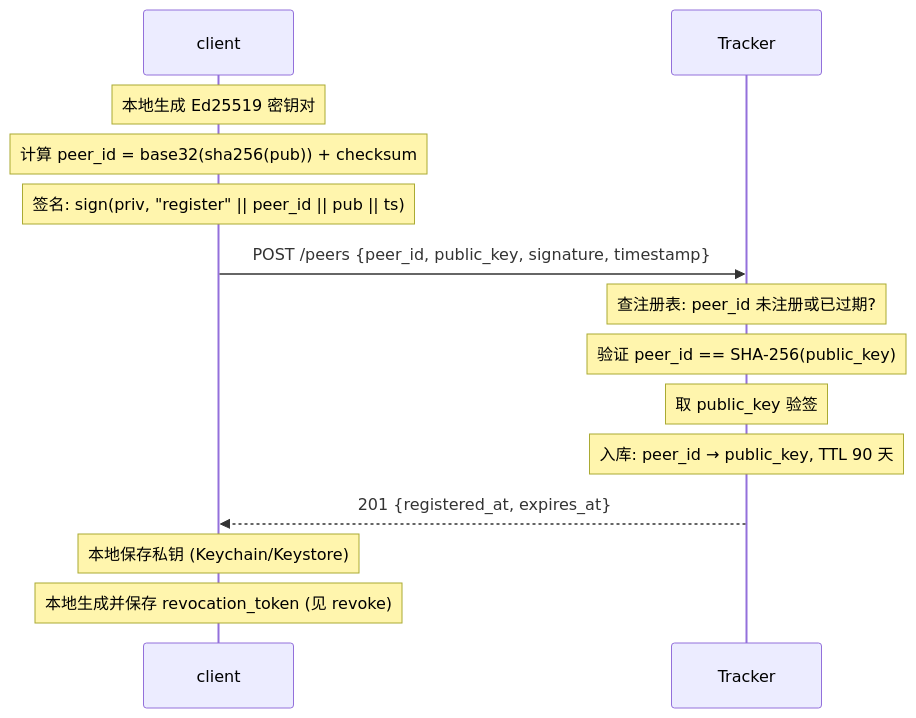
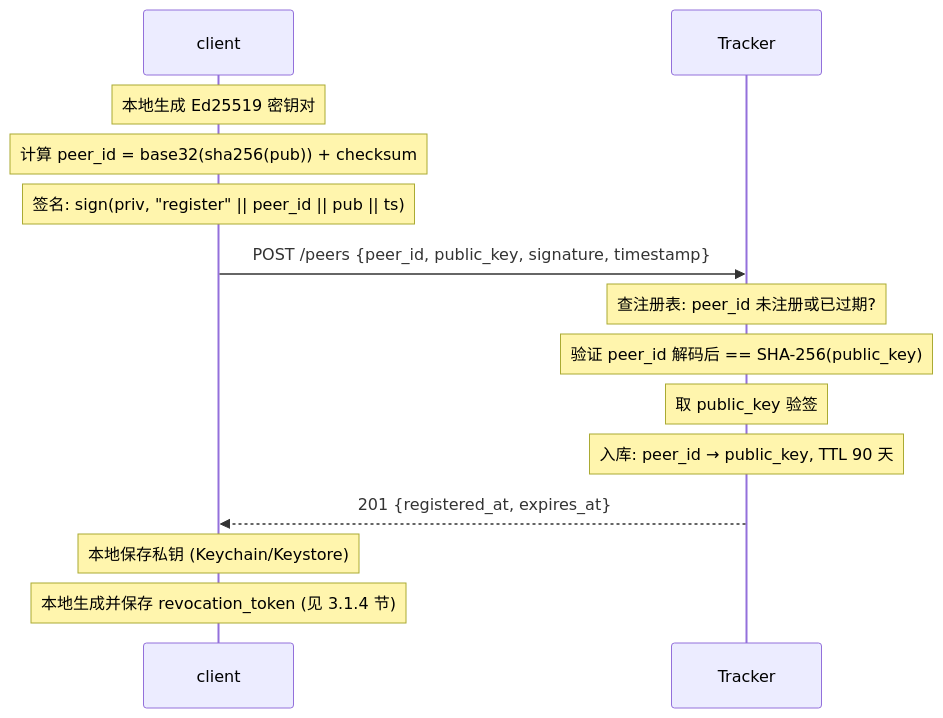
The second of 15 diagrams in docs/design/p2p-overview.md (mivinci/p2p), drawn with Mermaid before and after one commit. The commit also changed other lines of this file, not shown here.

First line of the commit message:
docs(design): drop sub_pub from JWT, request body carries public_key; fix coherence bugs

````diff
--- a/docs/design/p2p-overview.md
+++ b/docs/design/p2p-overview.md
@@ -407,17 +409,17 @@
 ```mermaid
 sequenceDiagram
     participant C as client
     participant T as Tracker
 
     Note over C: 本地生成 Ed25519 密钥对
     Note over C: 计算 peer_id = base32(sha256(pub)) + checksum
     Note over C: 签名: sign(priv, "register" || peer_id || pub || ts)
     C->>T: POST /peers {peer_id, public_key, signature, timestamp}
     Note over T: 查注册表: peer_id 未注册或已过期?
-    Note over T: 验证 peer_id == SHA-256(public_key)
+    Note over T: 验证 peer_id 解码后 == SHA-256(public_key)
     Note over T: 取 public_key 验签
     Note over T: 入库: peer_id → public_key, TTL 90 天
     T-->>C: 201 {registered_at, expires_at}
     Note over C: 本地保存私钥 (Keychain/Keystore)
-    Note over C: 本地生成并保存 revocation_token (见 revoke)
+    Note over C: 本地生成并保存 revocation_token (见 3.1.4 节)
 ```
````
